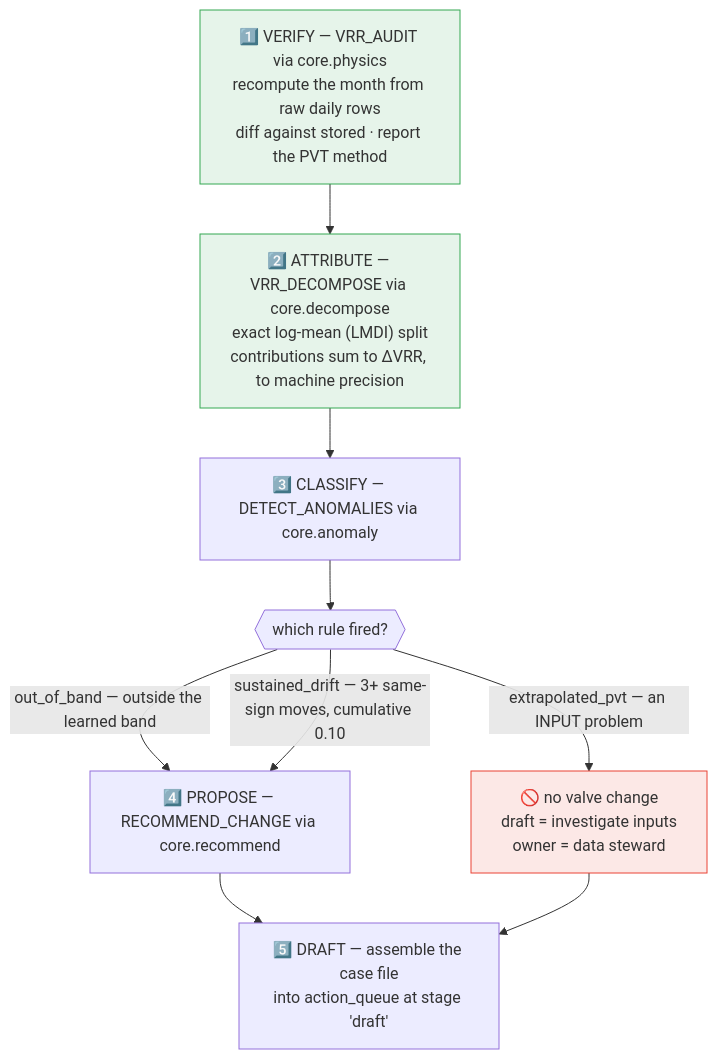
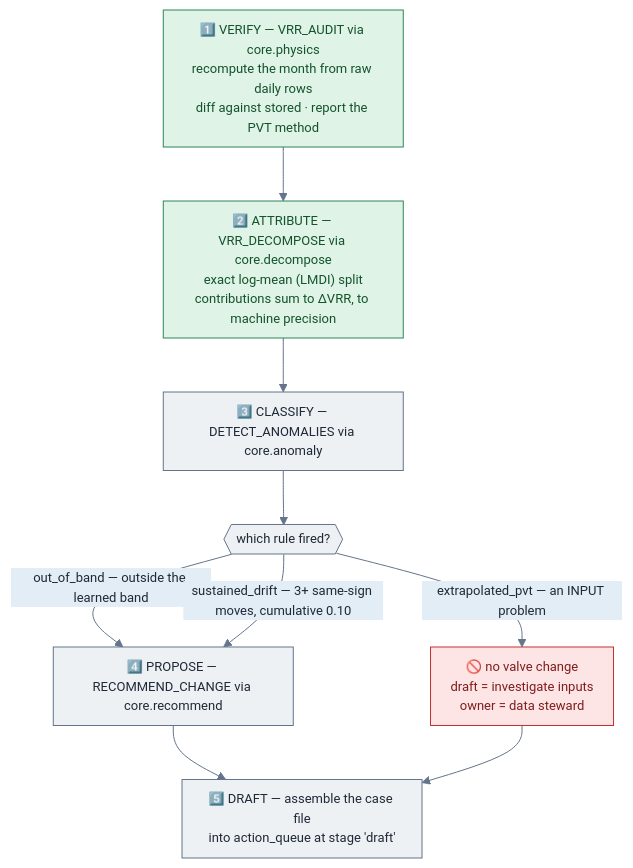
The seventh of 19 diagrams in README.md (vamshi455/vrr-agent-open), drawn with Mermaid before and after one commit. The commit also changed other lines of this file and 2 other files, not shown here.

````diff
--- a/README.md
+++ b/README.md
@@ -452,17 +502,19 @@
 ```mermaid
+%%{init: {'theme':'base','themeVariables':{'fontFamily':'ui-sans-serif, system-ui, -apple-system, sans-serif','fontSize':'13px','lineColor':'#64748b','primaryColor':'#eef1f4','primaryTextColor':'#1f2937','primaryBorderColor':'#64748b','secondaryColor':'#e3edf6','tertiaryColor':'#eef1f4'},'flowchart':{'htmlLabels':true,'padding':10,'nodeSpacing':46,'rankSpacing':54,'curve':'basis','useMaxWidth':true},'sequence':{'useMaxWidth':true,'boxMargin':8}}}%%
 flowchart TB
     S1["1️⃣ VERIFY — VRR_AUDIT via core.physics<br/>recompute the month from raw daily rows<br/>diff against stored · report the PVT method"]
     S1 --> S2["2️⃣ ATTRIBUTE — VRR_DECOMPOSE via core.decompose<br/>exact log-mean (LMDI) split<br/>contributions sum to ΔVRR, to machine precision"]
     S2 --> S3["3️⃣ CLASSIFY — DETECT_ANOMALIES via core.anomaly"]
     S3 --> R{{"which rule fired?"}}
     R -->|"out_of_band — outside the learned band"| S4
     R -->|"sustained_drift — 3+ same-sign moves, cumulative 0.10"| S4
     R -->|"extrapolated_pvt — an INPUT problem"| VETO["🚫 no valve change<br/>draft = investigate inputs<br/>owner = data steward"]
     S4["4️⃣ PROPOSE — RECOMMEND_CHANGE via core.recommend"]
     S4 --> S5["5️⃣ DRAFT — assemble the case file<br/>into action_queue at stage 'draft'"]
     VETO --> S5
 
-    style VETO fill:#fce8e6,stroke:#ea4335
-    style S1 fill:#e6f4ea,stroke:#34a853
-    style S2 fill:#e6f4ea,stroke:#34a853
+    classDef bad fill:#fde5e5,stroke:#c53030,stroke-width:1px,color:#7f1d1d;
+    classDef ok fill:#dff3e6,stroke:#2f855a,stroke-width:1px,color:#14532d;
+    class VETO bad;
+    class S1,S2 ok;
 ```
````
